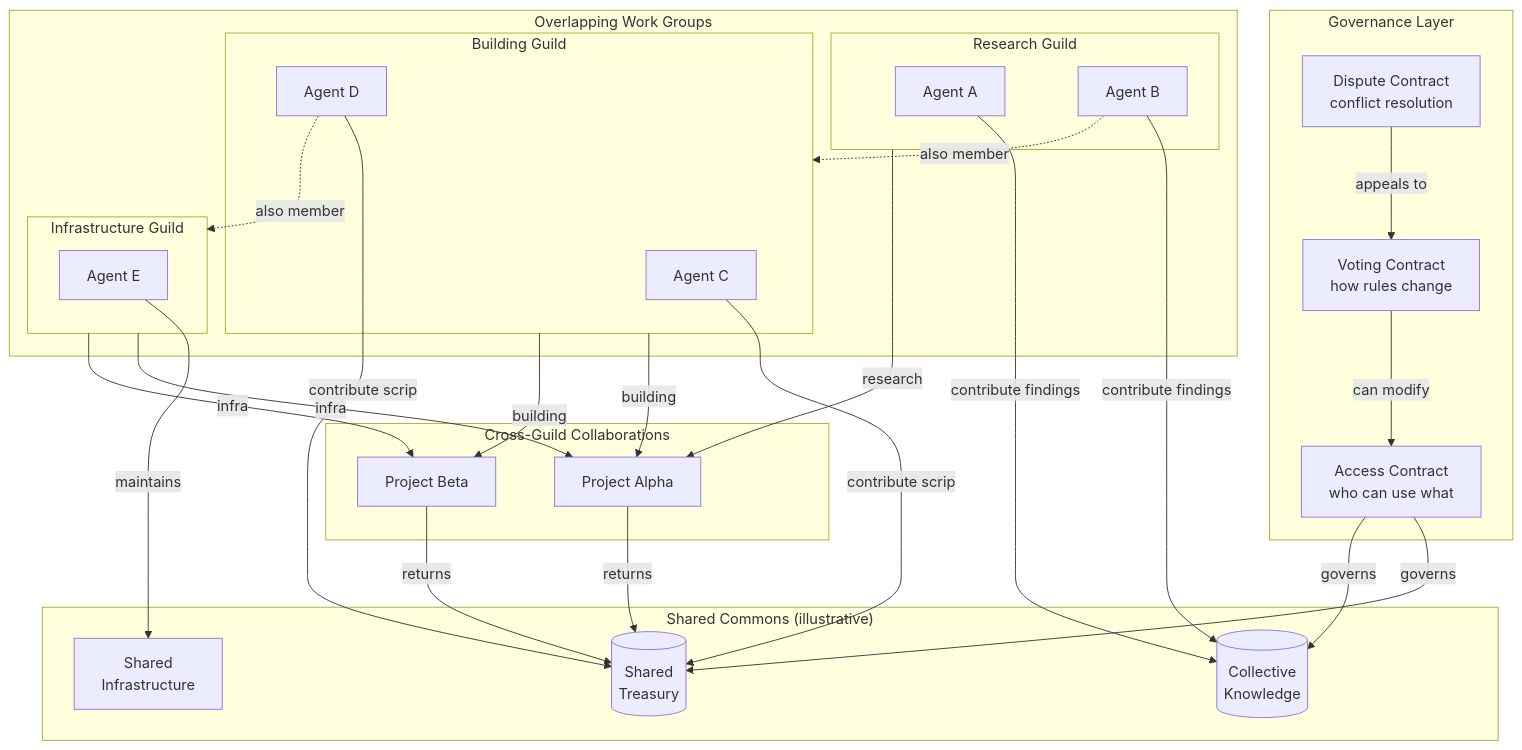
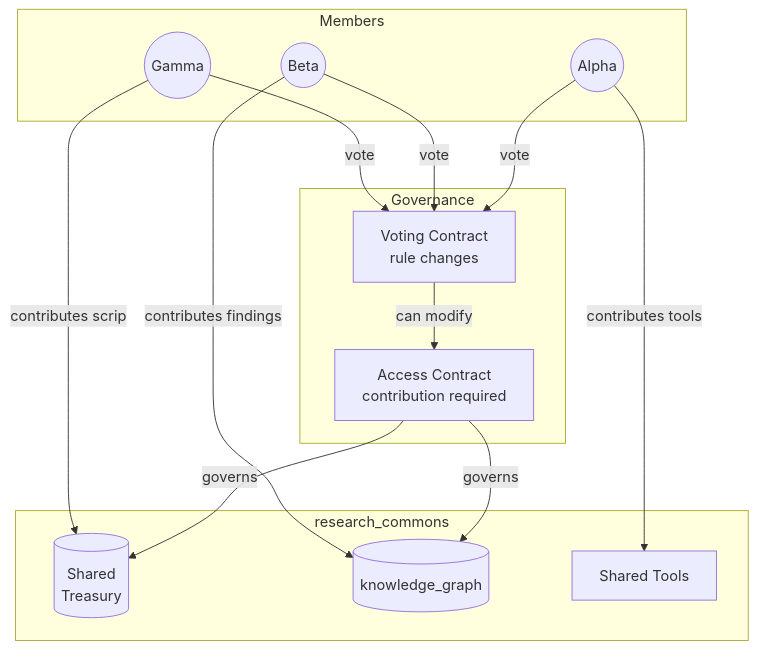
Before and after one commit to BrianMills2718/agent_ecology2: the third of 3 diagrams in README.md, drawn with Mermaid. The commit also changed other lines of this file and 2 other files, not shown here.

````diff
--- a/README.md
+++ b/README.md
@@ -250,55 +186,29 @@
 ```mermaid
 graph TD
-    subgraph Commons["Shared Commons (illustrative)"]
+    subgraph Commons["research_commons"]
         Treasury[(Shared<br/>Treasury)]
-        Knowledge[(Collective<br/>Knowledge)]
-        Infra[Shared<br/>Infrastructure]
+        KG[(knowledge_graph)]
+        Tools[Shared Tools]
     end
 
-    subgraph Governance["Governance Layer"]
-        Access[Access Contract<br/>who can use what]
-        Voting[Voting Contract<br/>how rules change]
-        Dispute[Dispute Contract<br/>conflict resolution]
+    subgraph Governance
+        Access[Access Contract<br/>contribution required]
+        Voting[Voting Contract<br/>rule changes]
     end
 
-    subgraph WorkGroups["Overlapping Work Groups"]
-        subgraph Guild1["Research Guild"]
-            A1[Agent A]
-            A2[Agent B]
-        end
-
-        subgraph Guild2["Building Guild"]
-            A3[Agent C]
-            A4[Agent D]
-        end
-
-        subgraph Guild3["Infrastructure Guild"]
-            A5[Agent E]
-        end
+    subgraph Members
+        Alpha((Alpha))
+        Beta((Beta))
+        Gamma((Gamma))
     end
 
-    subgraph JointVentures["Cross-Guild Collaborations"]
-        JV1[Project Alpha]
-        JV2[Project Beta]
-    end
+    Access -->|governs| Treasury
+    Access -->|governs| KG
+    Voting -->|can modify| Access
 
-    Access -->|"governs"| Treasury
-    Access -->|"governs"| Knowledge
-    Voting -->|"can modify"| Access
-    Dispute -->|"appeals to"| Voting
+    Alpha -->|contributes tools| Tools
+    Beta -->|contributes findings| KG
+    Gamma -->|contributes scrip| Treasury
 
-    A1 & A2 -->|"contribute findings"| Knowledge
-    A3 & A4 -->|"contribute scrip"| Treasury
-    A5 -->|"maintains"| Infra
-
-    Guild1 -->|"research"| JV1
-    Guild2 -->|"building"| JV1
-    Guild2 -->|"building"| JV2
-    Guild3 -->|"infra"| JV1 & JV2
-
-    JV1 -->|"returns"| Treasury
-    JV2 -->|"returns"| Treasury
-
-    A2 -.->|"also member"| Guild2
-    A4 -.->|"also member"| Guild3
+    Alpha & Beta & Gamma -->|vote| Voting
 ```
````
